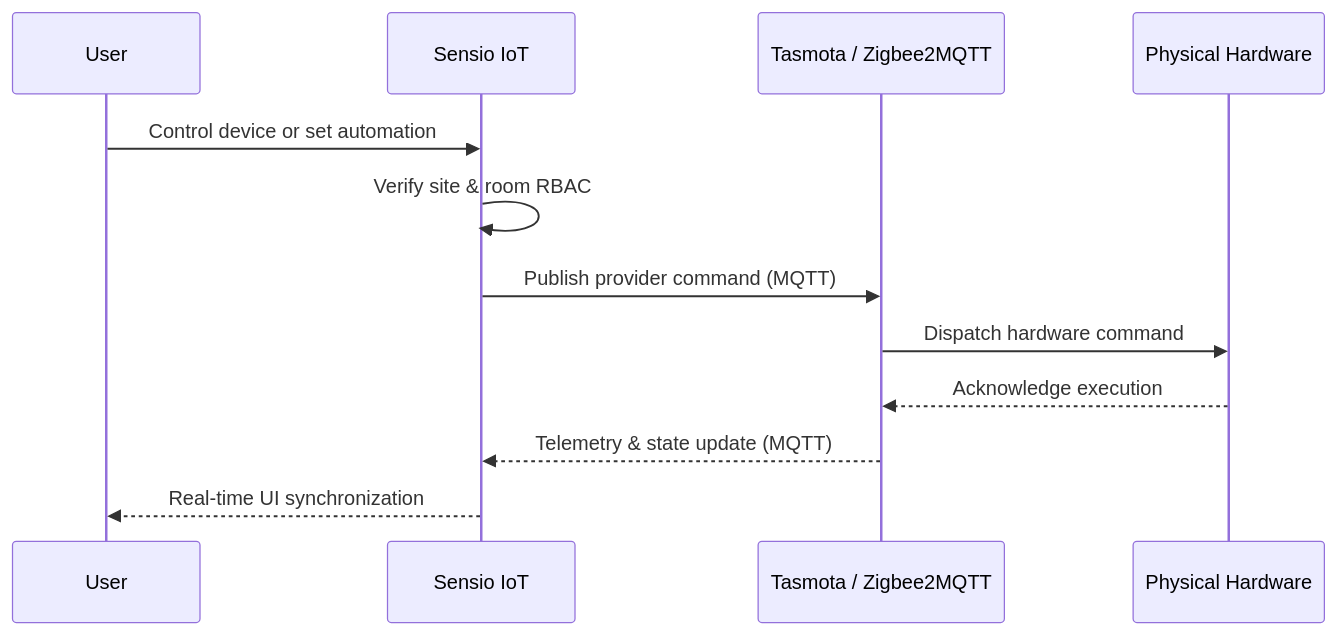
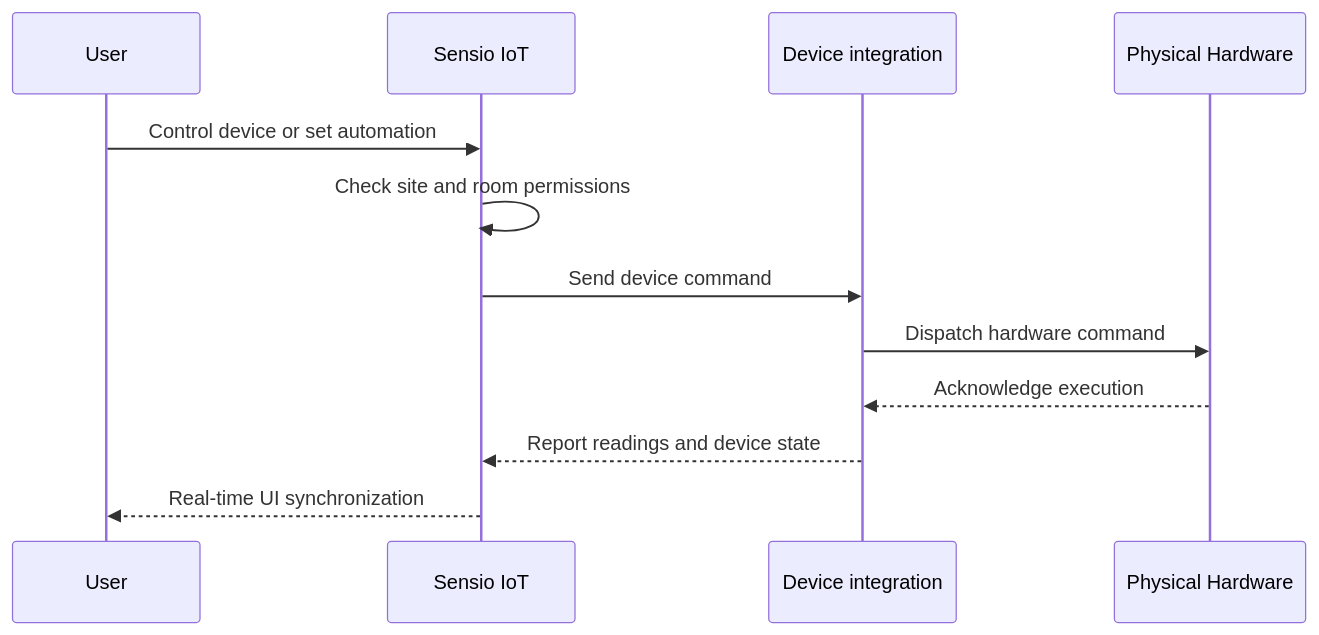
The second of 3 diagrams in frontend/content/projects/sensio-iot.md (farismnrr/portofolio), drawn with Mermaid before and after one commit. The commit also changed other lines of this file, not shown here.

````diff
--- a/frontend/content/projects/sensio-iot.md
+++ b/frontend/content/projects/sensio-iot.md
@@ -74,15 +71,15 @@
 ```mermaid
 sequenceDiagram
     participant U as User
     participant A as Sensio IoT
-    participant Z as Tasmota / Zigbee2MQTT
+    participant Z as Device integration
     participant D as Physical Hardware
 
     U->>A: Control device or set automation
-    A->>A: Verify site & room RBAC
-    A->>Z: Publish provider command (MQTT)
+    A->>A: Check site and room permissions
+    A->>Z: Send device command
     Z->>D: Dispatch hardware command
     D-->>Z: Acknowledge execution
-    Z-->>A: Telemetry & state update (MQTT)
+    Z-->>A: Report readings and device state
     A-->>U: Real-time UI synchronization
 ```
````
